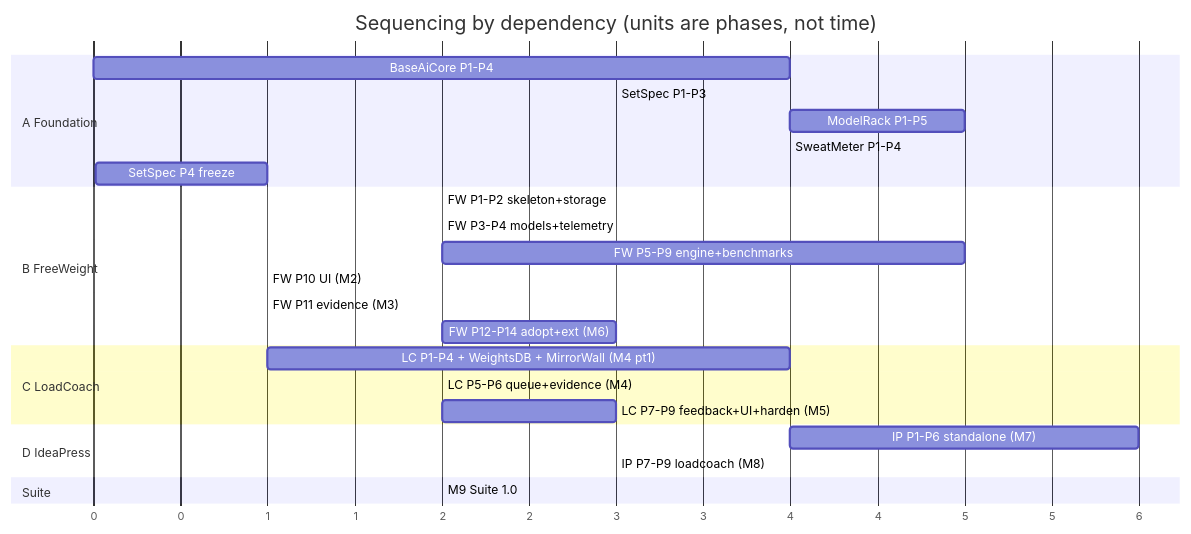
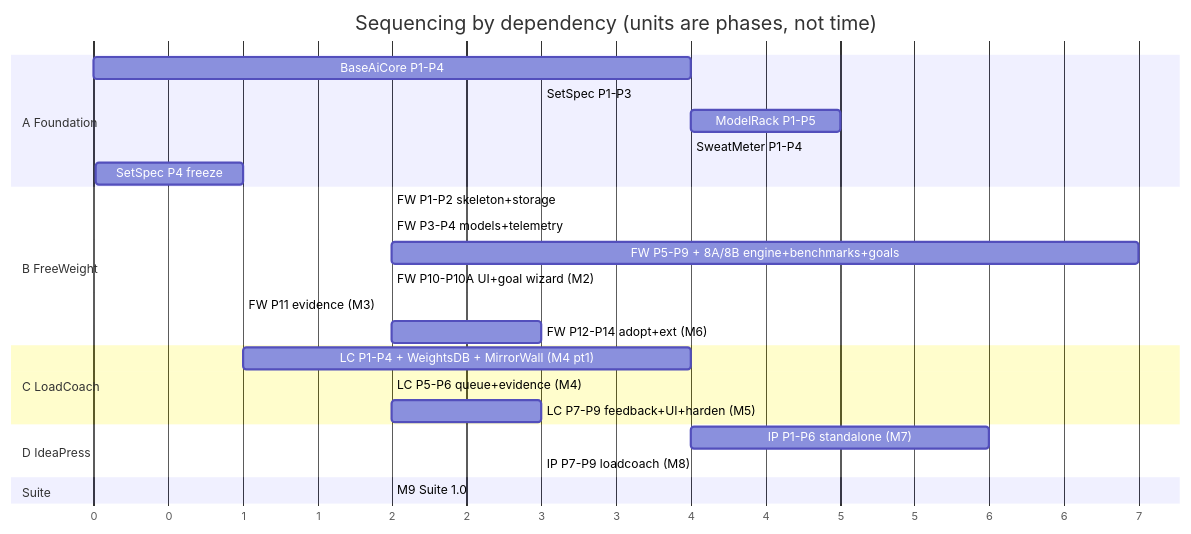
The second of 2 diagrams in roadmap/master-roadmap.md (JPKell/OpenWeight-Gym), drawn with Mermaid before and after one commit. The commit also changed other lines of this file and 27 other files, not shown here.

````diff
--- a/roadmap/master-roadmap.md
+++ b/roadmap/master-roadmap.md
@@ -82,33 +88,33 @@
 ```mermaid
 gantt
     dateFormat X
     axisFormat %s
     title Sequencing by dependency (units are phases, not time)
 
     section A Foundation
     BaseAiCore P1-P4         :a1, 0, 4
     SetSpec P1-P3            :a2, after a1, 3
     ModelRack P1-P5          :a3, after a1, 5
     SweatMeter P1-P4         :a4, after a1, 4
     SetSpec P4 freeze        :a5, 15, 1
 
     section B FreeWeight
     FW P1-P2 skeleton+storage :b1, after a1, 2
     FW P3-P4 models+telemetry :b2, after a3, 2
-    FW P5-P9 engine+benchmarks:b3, after b2, 5
-    FW P10 UI  (M2)           :b4, after b3, 1
-    FW P11 evidence (M3)      :b5, after b4, 1
+    FW P5-P9 + 8A/8B engine+benchmarks+goals :b3, after b2, 7
+    FW P10-P10A UI+goal wizard (M2)         :b4, after b3, 2
+    FW P11 evidence (M3)                    :b5, after b4, 1
     FW P12-P14 adopt+ext (M6) :b6, after c2, 3
 
     section C LoadCoach
     LC P1-P4 + WeightsDB + MirrorWall (M4 pt1) :c1, after b5, 4
     LC P5-P6 queue+evidence (M4)               :c2, after c1, 2
     LC P7-P9 feedback+UI+harden (M5)           :c3, after c2, 3
 
     section D IdeaPress
     IP P1-P6 standalone (M7)  :d1, after c1, 6
     IP P7-P9 loadcoach (M8)   :d2, after c3, 3
 
     section Suite
     M9 Suite 1.0              :e1, after b6, 2
 ```
````
